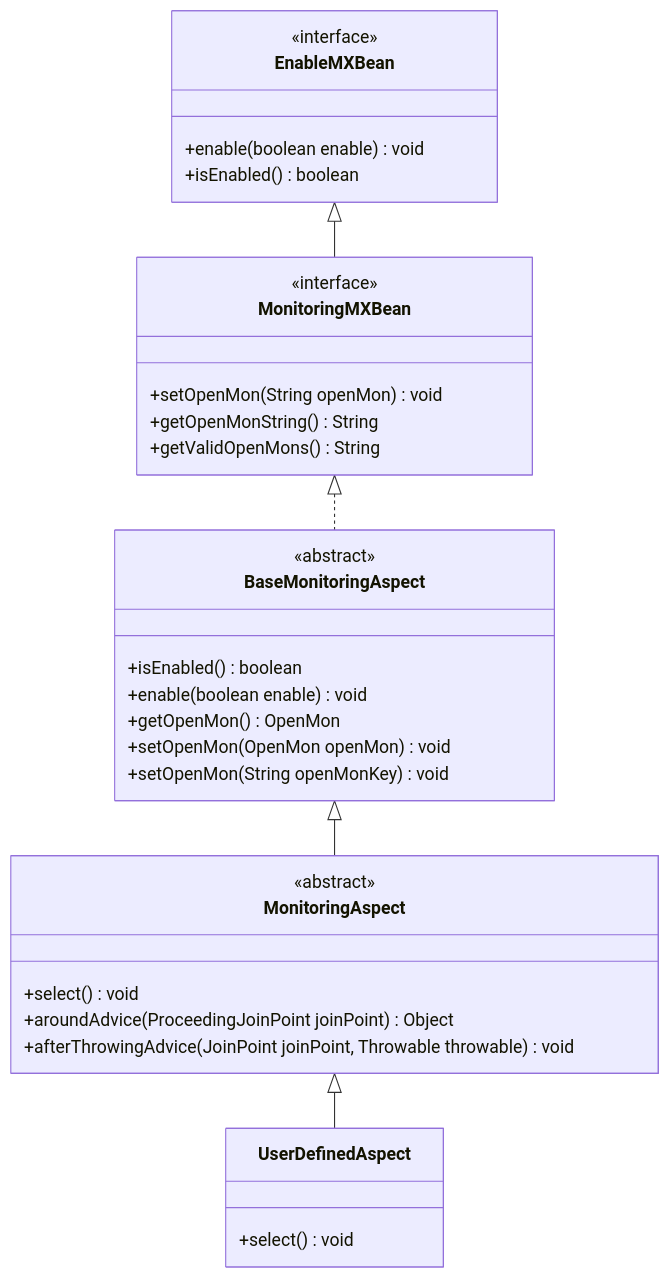
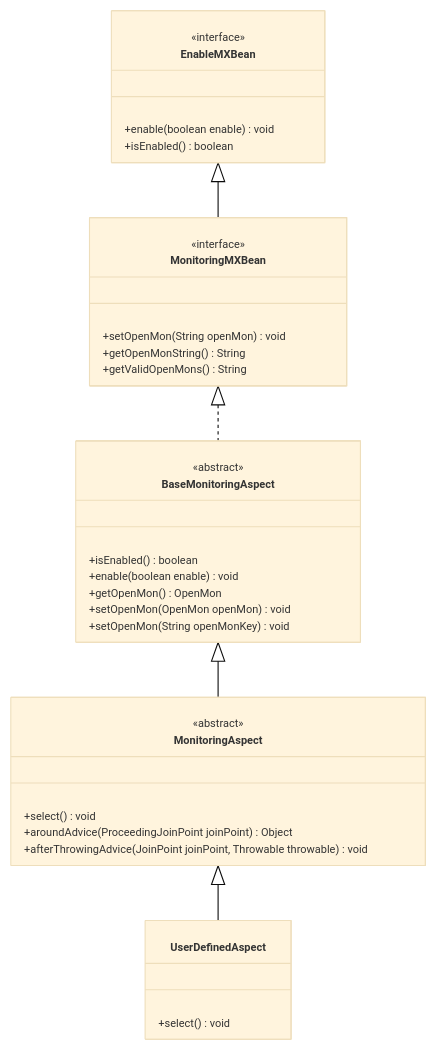
Before and after one commit to stevensouza/automon: the first of 2 diagrams in docs/automon_class_diagrams.md, drawn with Mermaid. The commit also changed other lines of this file, not shown here.

````diff
--- a/docs/automon_class_diagrams.md
+++ b/docs/automon_class_diagrams.md
@@ -14,40 +28,41 @@
 ```mermaid
+%%{init: {'theme': 'base', 'themeVariables': { 'fontSize': '10px'}, "flowchart": {"htmlLabels": true, "curve": "linear"}, "sequence": {"useMaxWidth":false}}}%%
 classDiagram
     EnableMXBean <|-- MonitoringMXBean
     MonitoringMXBean <|.. BaseMonitoringAspect
     BaseMonitoringAspect <|-- MonitoringAspect
     MonitoringAspect <|-- UserDefinedAspect
 
     class EnableMXBean {
         <<interface>>
         +enable(boolean enable) void
         +isEnabled() boolean
     }
 
     class MonitoringMXBean {
         <<interface>>
         +setOpenMon(String openMon) void
         +getOpenMonString() String
         +getValidOpenMons() String
     }
 
     class BaseMonitoringAspect {
         <<abstract>>
         +isEnabled() boolean
         +enable(boolean enable) void
         +getOpenMon() OpenMon
         +setOpenMon(OpenMon openMon) void
         +setOpenMon(String openMonKey) void
     }
 
     class MonitoringAspect {
         <<abstract>>
         +select() void
         +aroundAdvice(ProceedingJoinPoint joinPoint) Object
         +afterThrowingAdvice(JoinPoint joinPoint, Throwable throwable) void
     }
 
     class UserDefinedAspect {
         +select() void
     }
 ```
````
